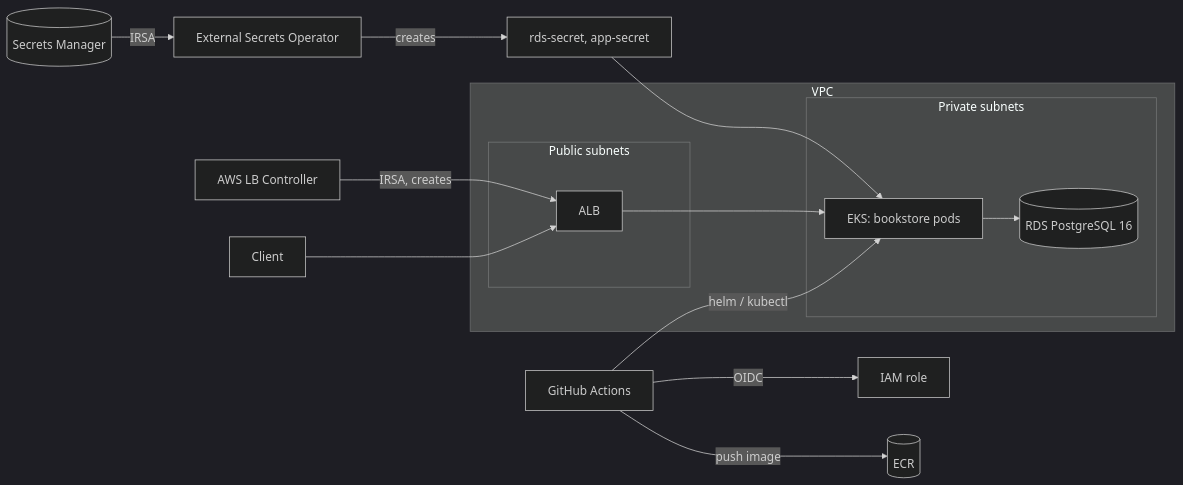
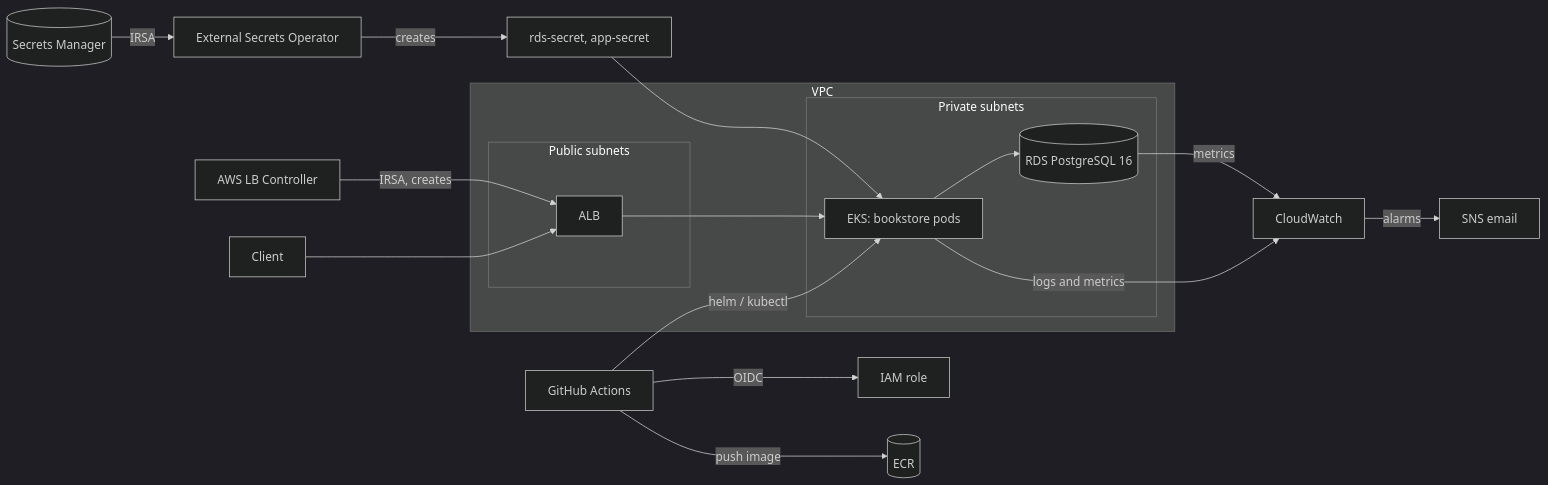
One commit to dev-suleiman/bookstore-devops-platform changed the diagram in README.md. Above: the diagram before and after it, drawn with Mermaid (dark theme). The commit also changed other lines of this file, not shown here.

````diff
--- a/README.md
+++ b/README.md
@@ -22,23 +90,27 @@
 ```mermaid
 flowchart LR
     GH[GitHub Actions] -- OIDC --> IAM[IAM role]
     GH -- push image --> ECR[(ECR)]
     GH -- helm / kubectl --> EKS
 
     U[Client] --> ALB[ALB]
     subgraph VPC
         subgraph Public subnets
             ALB
         end
         subgraph Private subnets
             EKS[EKS: bookstore pods]
             RDS[(RDS PostgreSQL 16)]
         end
     end
     ALB --> EKS --> RDS
 
     SM[(Secrets Manager)] -- IRSA --> ESO[External Secrets Operator]
     ESO -- creates --> K8S[rds-secret, app-secret]
     K8S --> EKS
     LBC[AWS LB Controller] -- IRSA, creates --> ALB
+
+    EKS -- logs and metrics --> CW[CloudWatch]
+    RDS -- metrics --> CW
+    CW -- alarms --> SNS[SNS email]
 ```
````
